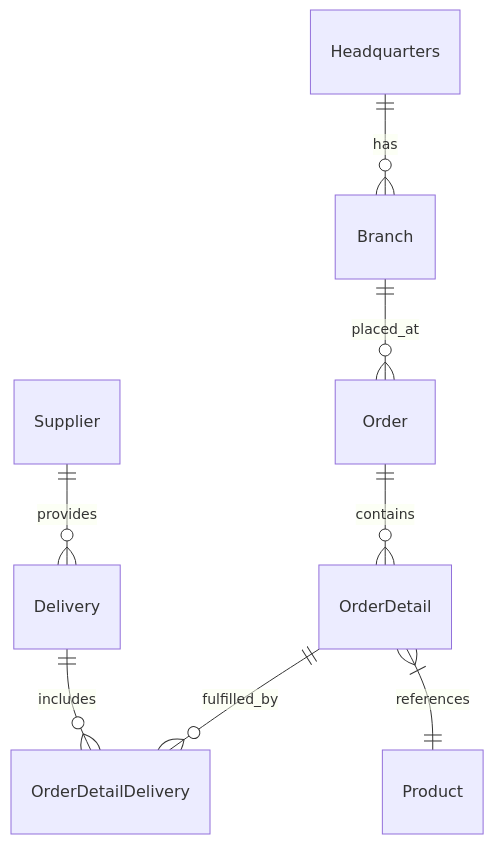
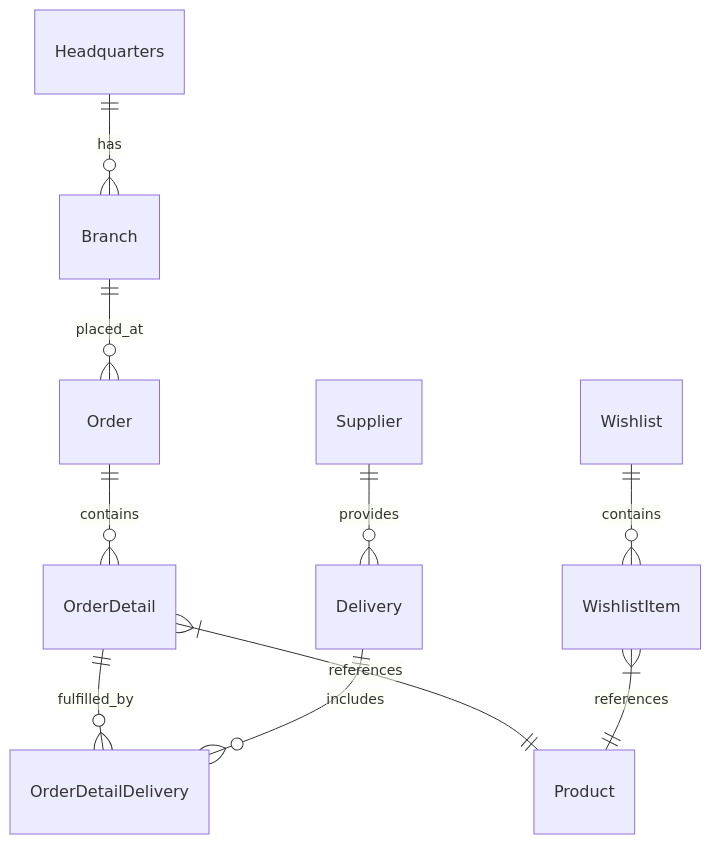
One commit to octodemo/octocat_supply changed the first of 2 diagrams in docs/architecture.md. Above: the diagram before and after it, drawn with Mermaid. The commit also changed other lines of this file and 15 other files, not shown here.

````diff
--- a/docs/architecture.md
+++ b/docs/architecture.md
@@ -29,10 +29,12 @@
 ```mermaid
 erDiagram
     Headquarters ||--o{ Branch: has
     Branch ||--o{ Order: placed_at
     Order ||--o{ OrderDetail: contains
     OrderDetail ||--o{ OrderDetailDelivery: fulfilled_by
     OrderDetail }|--|| Product: references
     Delivery ||--o{ OrderDetailDelivery: includes
     Supplier ||--o{ Delivery: provides
+    Wishlist ||--o{ WishlistItem: contains
+    WishlistItem }|--|| Product: references
 ```
````
